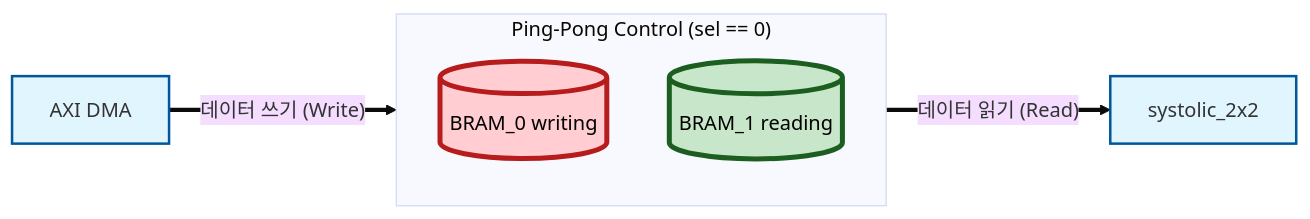
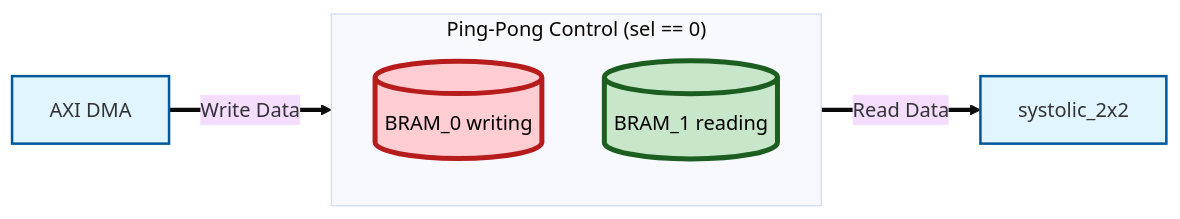
One commit to hwkim-dev/NPU-FPGA-Transformer-Accelerator-KV260 changed the second of 3 diagrams in Architecture/Ping-Pong_BRAM_Controller.md. Above: the diagram before and after it, drawn with Mermaid (base theme). The commit also changed other lines of this file and 9 other files, not shown here.

First line of the commit message:
docs: Fix markdown formatting and translate to English in Architecture folder

````diff
--- a/Architecture/Ping-Pong_BRAM_Controller.md
+++ b/Architecture/Ping-Pong_BRAM_Controller.md
@@ -91,21 +112,21 @@
 ```mermaid
 graph LR
     DMA[AXI DMA]:::input
     SYS[systolic_2x2]:::logic
-    
+
     subgraph "Ping-Pong Control (sel == 0)"
         direction TB
-        B0[("BRAM_0 writing ")]:::activeWrite
+        B0[("BRAM_0 writing")]:::activeWrite
         B1[("BRAM_1 reading")]:::activeRead
     end
 
-    %% 흐름선
-    DMA == "데이터 쓰기 (Write)" ==> B0
-    B1 == "데이터 읽기 (Read)" ==> SYS
+    %% Flow lines
+    DMA == "Write Data" ==> B0
+    B1 == "Read Data" ==> SYS
 
-    %% 스타일 정의
+    %% Style definitions
     classDef input fill:#e1f5fe,stroke:#01579b,stroke-width:2px;
     classDef logic fill:#e1f5fe,stroke:#01579b,stroke-width:2px;
     classDef activeWrite fill:#ffcdd2,stroke:#b71c1c,color:black,stroke-width:4px;
     classDef activeRead fill:#c8e6c9,stroke:#1b5e20,color:black,stroke-width:4px;
 ```
````
